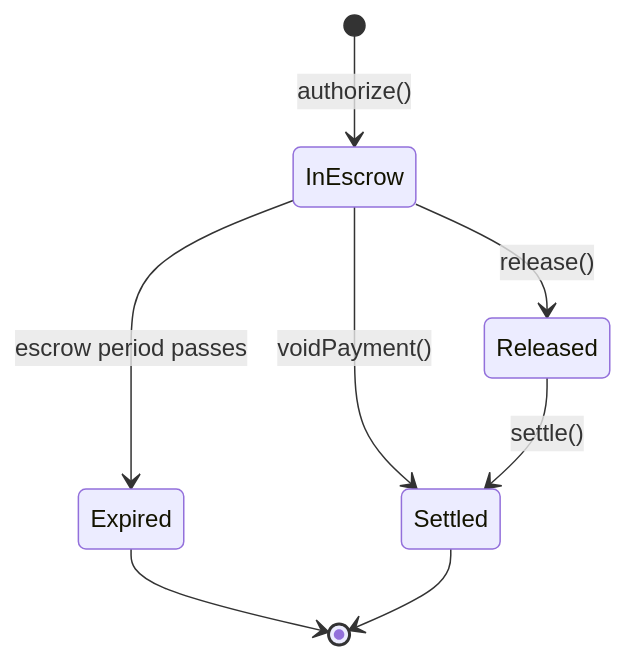
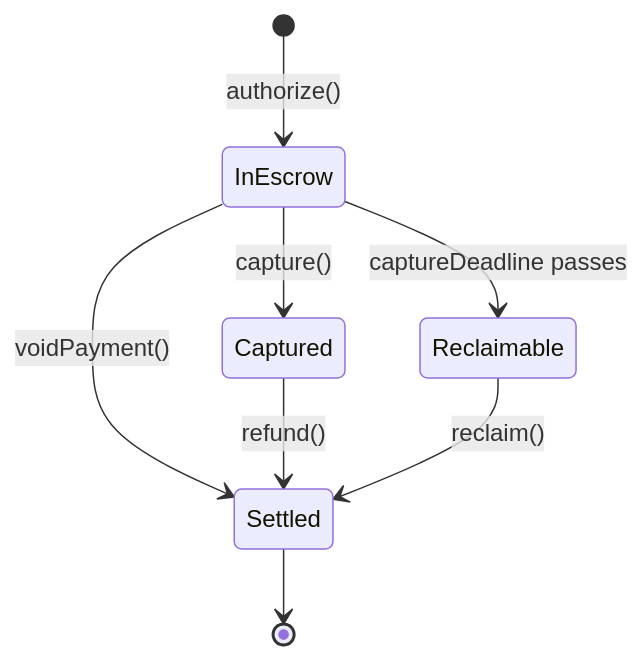
Before and after one commit to BackTrackCo/docs: the first of 3 diagrams in sdk/concepts.mdx, drawn with Mermaid. The commit also changed other lines of this file and 32 other files, not shown here.

````diff
--- a/sdk/concepts.mdx
+++ b/sdk/concepts.mdx
@@ -22,10 +19,10 @@
 ```mermaid
 stateDiagram-v2
     [*] --> InEscrow: authorize()
-    InEscrow --> Released: release()
+    InEscrow --> Captured: capture()
     InEscrow --> Settled: voidPayment()
-    InEscrow --> Expired: escrow period passes
-    Released --> Settled: settle()
-    Expired --> [*]
+    InEscrow --> Reclaimable: captureDeadline passes
+    Captured --> Settled: refund()
+    Reclaimable --> Settled: reclaim()
     Settled --> [*]
 ```
````
